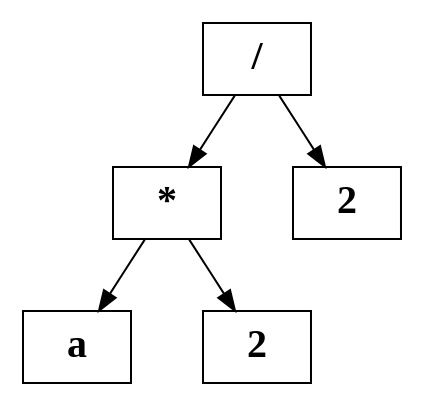
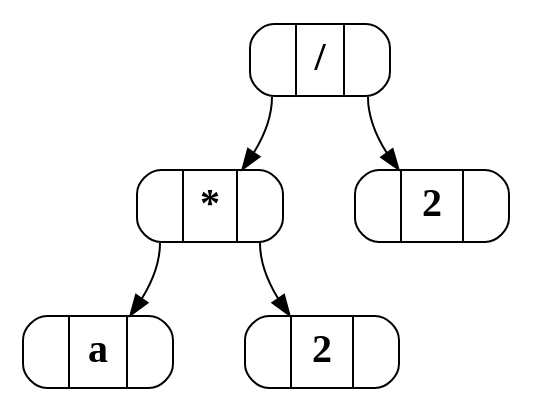
One commit to BenSt099/Bachelorarbeit-EGraphs changed the diagram in ba/fig/ast.dot. Above: the diagram before and after it, drawn with Graphviz. The commit also changed 3 other files, not shown here.

```diff
--- a/ba/fig/ast.dot
+++ b/ba/fig/ast.dot
@@ -1,16 +1,16 @@
 digraph {
     graph [nodesep=0.5, ranksep=0.5]
-    node [fillcolor=white fontname="Times-Bold" fontsize=20 shape=rect]
-    div [label="/"]
-    mul [label="*"]
-    a [label="a"]
-    two1 [label="2"]
-    two2 [label="2"]
+    node [fillcolor=white fontname="Times-Bold" fontsize=20 shape=record, style="rounded, filled"]
+    div [label="<div1> | \/ | <div2>"]
+    mul [label="<mul1> | * | <mul2>"]
+    a [label="<a1> | a | <a2>"]
+    two1 [label="<two11> | 2 | <two12>"]
+    two2 [label="<two21> | 2 | <two22>"]
     
-    div -> mul;
-    div -> two1;
-    mul -> a;
-    mul-> two2;
+    div:div1 -> mul;
+    div:div2 -> two1;
+    mul:mul1 -> a;
+    mul:mul2 -> two2;
 
     // dot -Tsvg ast.dot -o outfile.svg
 }
```
